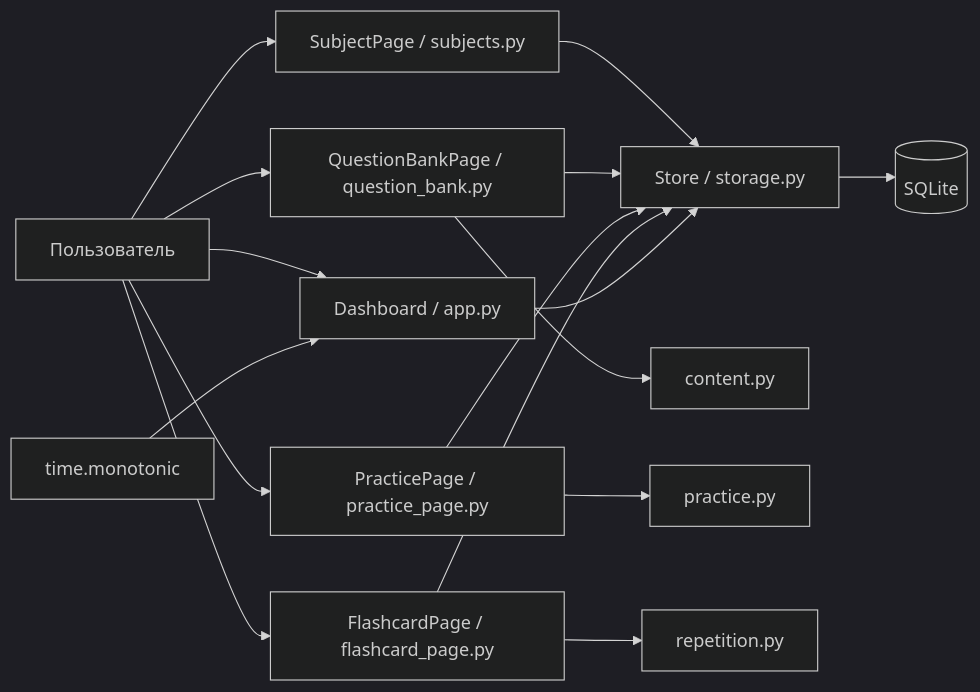
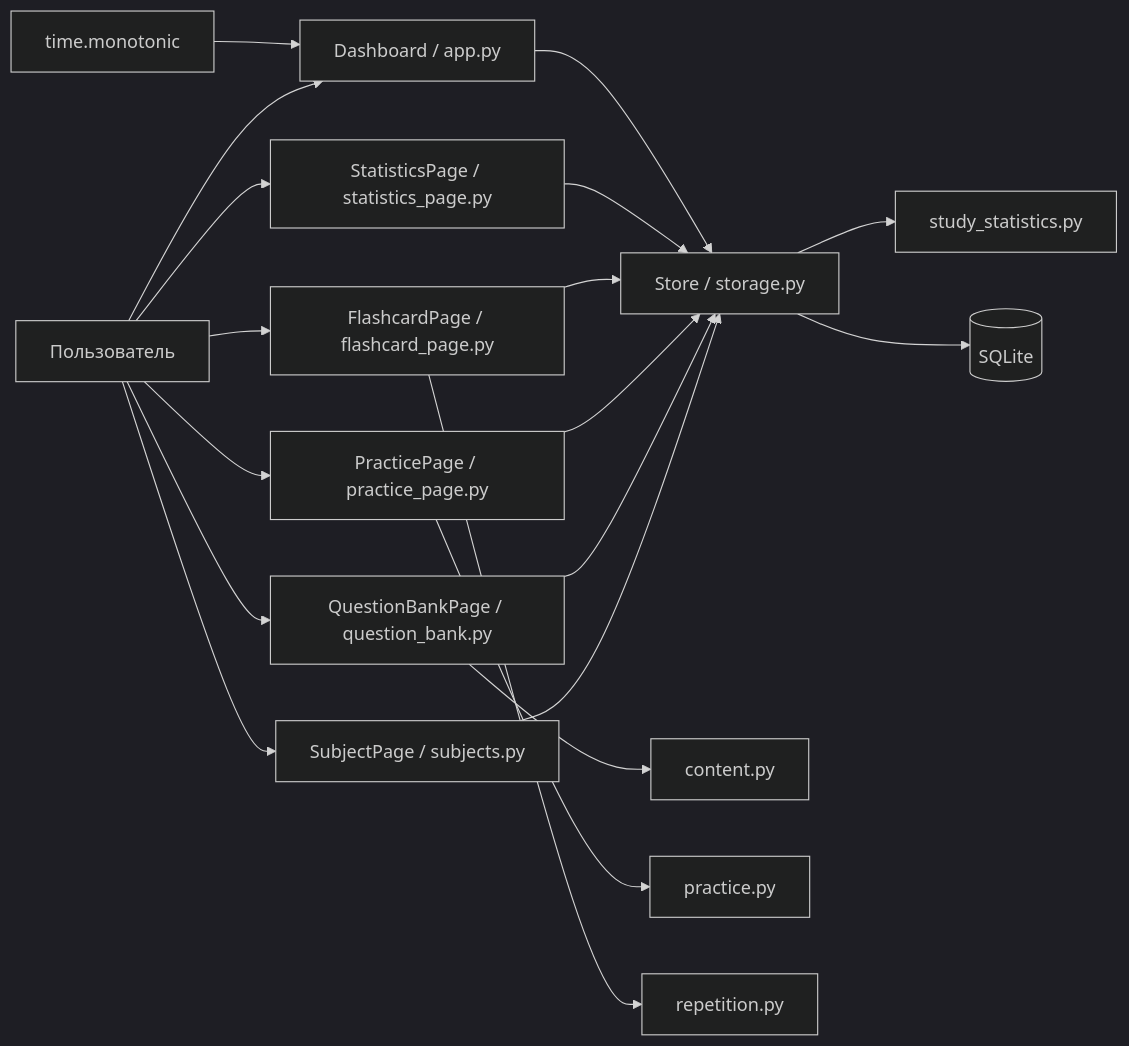
The diagram in docs/ru/CURRENT_ARCHITECTURE.md (turcinv/SOSkuska), drawn with Mermaid (dark theme) before and after one commit. The commit also changed other lines of this file and 37 other files, not shown here.

Commit message:
feat: add saved study statistics and activity reports (#8)

````diff
--- a/docs/ru/CURRENT_ARCHITECTURE.md
+++ b/docs/ru/CURRENT_ARCHITECTURE.md
@@ -21,18 +22,21 @@
 ```mermaid
 flowchart LR
     User[Пользователь] --> Dashboard[Dashboard / app.py]
     User --> Subjects[SubjectPage / subjects.py]
     Subjects --> Store[Store / storage.py]
     User --> Questions[QuestionBankPage / question_bank.py]
     Questions --> Validation[content.py]
     Questions --> Store
     User --> Practice[PracticePage / practice_page.py]
     Practice --> Rules[practice.py]
     Practice --> Store
     User --> Flashcards[FlashcardPage / flashcard_page.py]
     Flashcards --> Repetition[repetition.py]
     Flashcards --> Store
+    User --> Statistics[StatisticsPage / statistics_page.py]
+    Statistics --> Store
+    Store --> Report[study_statistics.py]
     Dashboard --> Store
     Store --> DB[(SQLite)]
     Clock[time.monotonic] --> Dashboard
 ```
````
